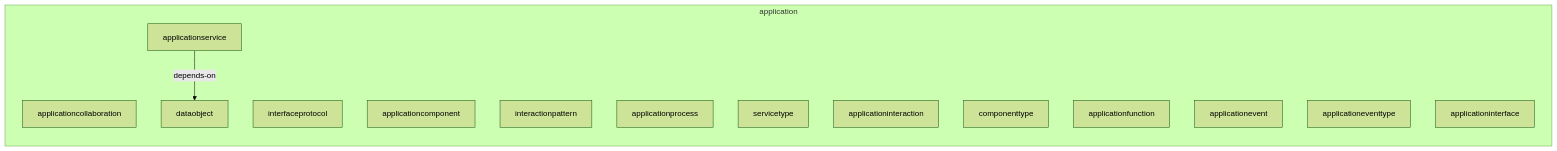
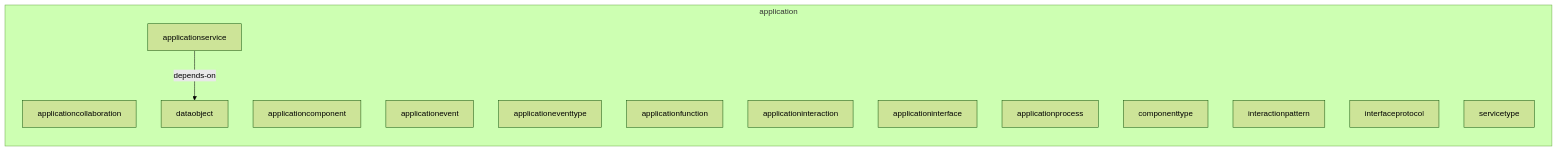
Before and after one commit to tinkermonkey/documentation_robotics: the first of 2 diagrams in spec/browser/04-application-layer-report.md, drawn with Mermaid (forest theme). The commit also changed other lines of this file and 13 other files, not shown here.

````diff
--- a/spec/browser/04-application-layer-report.md
+++ b/spec/browser/04-application-layer-report.md
@@ -49,20 +47,20 @@
 ```mermaid
 flowchart LR
   subgraph application
     applicationcollaboration["applicationcollaboration"]
-    interfaceprotocol["interfaceprotocol"]
     applicationcomponent["applicationcomponent"]
+    applicationevent["applicationevent"]
+    applicationeventtype["applicationeventtype"]
+    applicationfunction["applicationfunction"]
+    applicationinteraction["applicationinteraction"]
+    applicationinterface["applicationinterface"]
+    applicationprocess["applicationprocess"]
     applicationservice["applicationservice"]
+    componenttype["componenttype"]
     dataobject["dataobject"]
     interactionpattern["interactionpattern"]
-    applicationprocess["applicationprocess"]
+    interfaceprotocol["interfaceprotocol"]
     servicetype["servicetype"]
-    applicationinteraction["applicationinteraction"]
-    componenttype["componenttype"]
-    applicationfunction["applicationfunction"]
-    applicationevent["applicationevent"]
-    applicationeventtype["applicationeventtype"]
-    applicationinterface["applicationinterface"]
     applicationservice -->|depends-on| dataobject
   end
 ```
````
